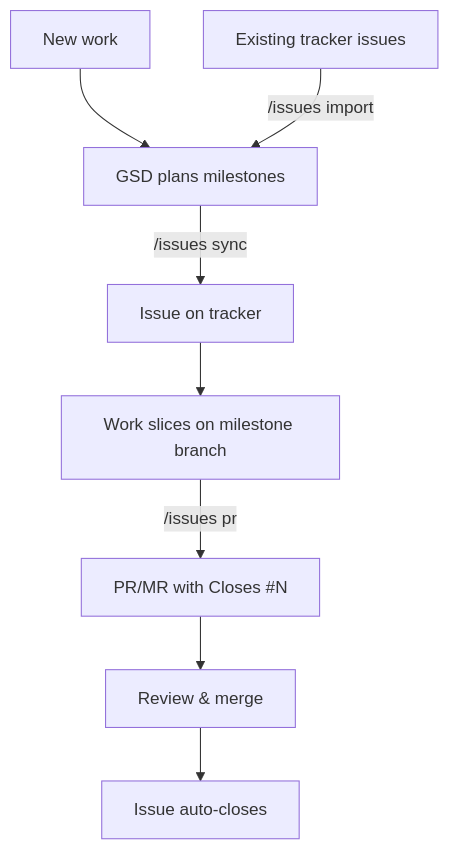
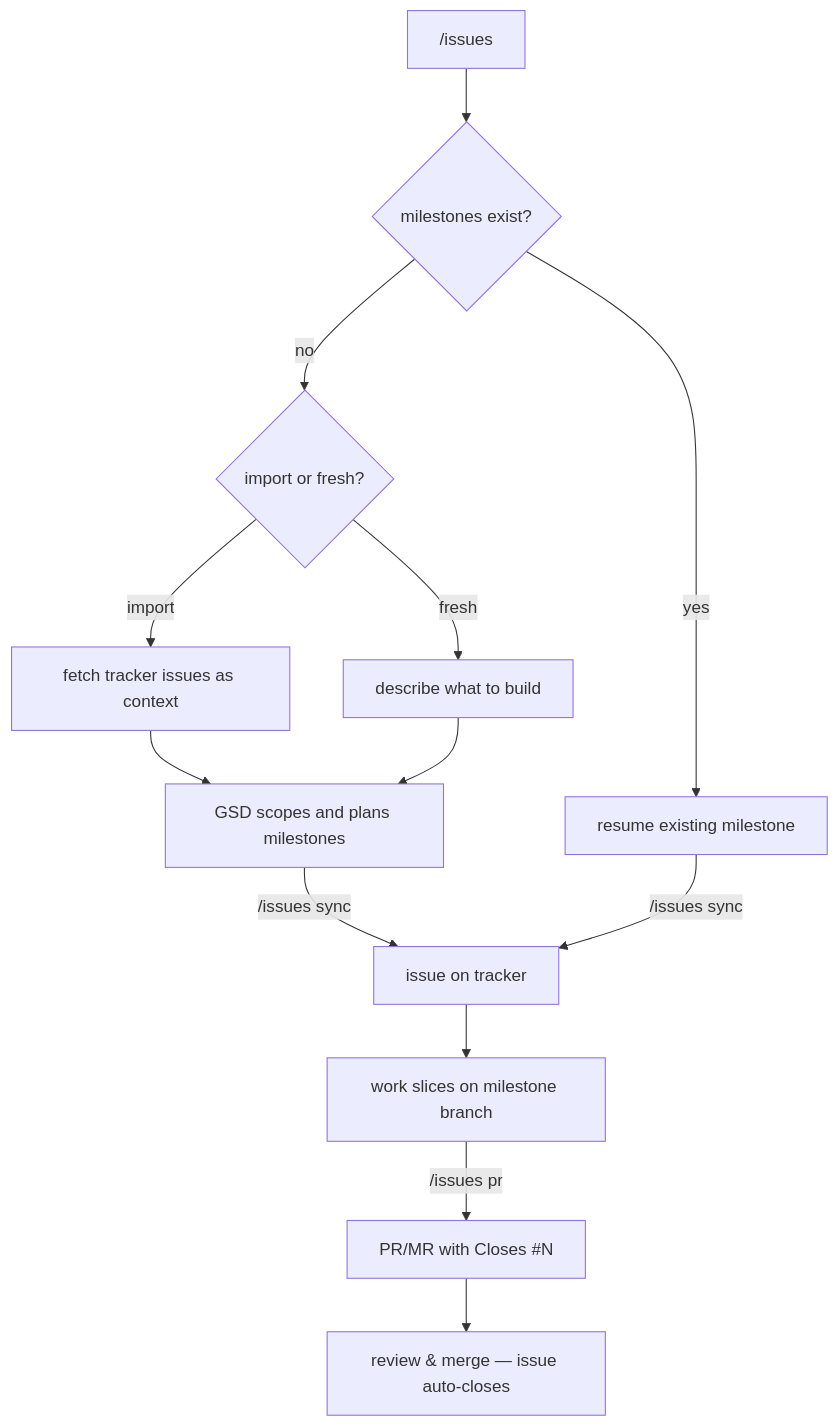
One commit to casimp/gsd-issues changed the first of 2 diagrams in README.md. Above: the diagram before and after it, drawn with Mermaid. The commit also changed other lines of this file, not shown here.

Commit message:
docs: fix manual workflow to reflect smart entry, not /issues import

````diff
--- a/README.md
+++ b/README.md
@@ -27,10 +27,15 @@
 ```mermaid
 flowchart TD
-    A[New work] --> C[GSD plans milestones]
-    B[Existing tracker issues] -- "/issues import" --> C
-    C -- "/issues sync" --> E[Issue on tracker]
-    E --> F[Work slices on milestone branch]
-    F -- "/issues pr" --> G["PR/MR with Closes #N"]
-    G --> H[Review & merge]
-    H --> I[Issue auto-closes]
+    A["/issues"] --> B{milestones exist?}
+    B -- no --> C{import or fresh?}
+    C -- import --> D[fetch tracker issues as context]
+    C -- fresh --> E[describe what to build]
+    D --> F[GSD scopes and plans milestones]
+    E --> F
+    B -- yes --> G[resume existing milestone]
+    F -- "/issues sync" --> H[issue on tracker]
+    G -- "/issues sync" --> H
+    H --> I[work slices on milestone branch]
+    I -- "/issues pr" --> J["PR/MR with Closes #N"]
+    J --> K[review & merge — issue auto-closes]
 ```
````
